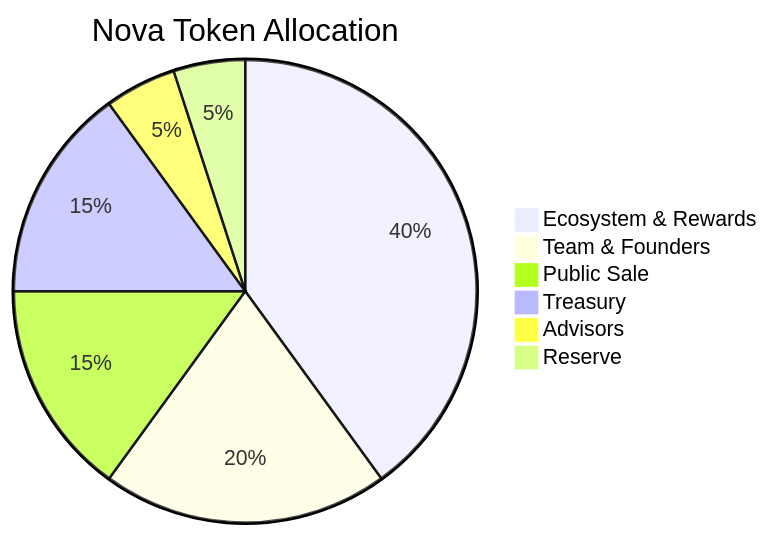
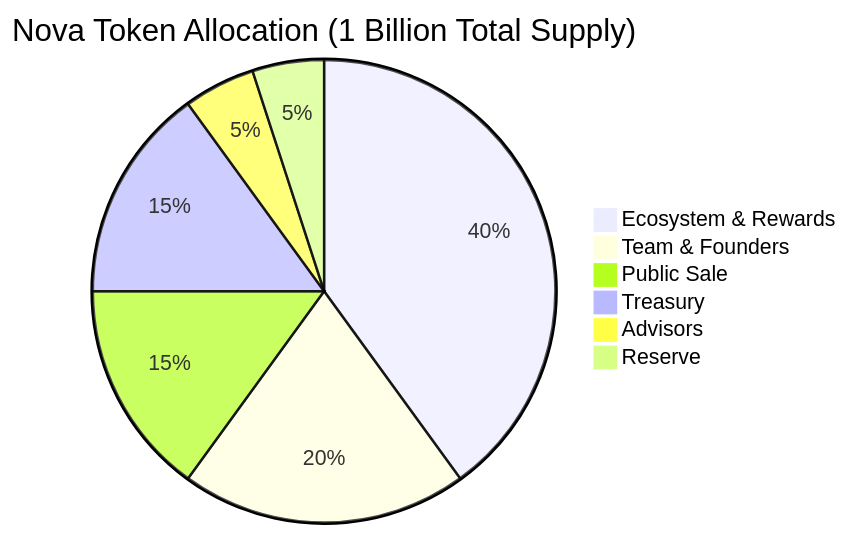
One commit to Nova-reward/Nova-Rewards changed the first of 6 diagrams in docs/tokenomics.md. Above: the diagram before and after it, drawn with Mermaid. The commit also changed other lines of this file, not shown here.

First line of the commit message:
docs: Complete tokenomics documentation with supply, vesting, governance, and token flow diagrams

````diff
--- a/docs/tokenomics.md
+++ b/docs/tokenomics.md
@@ -24,9 +66,9 @@
 ```mermaid
-pie title Nova Token Allocation
+pie title Nova Token Allocation (1 Billion Total Supply)
   "Ecosystem & Rewards" : 40
   "Team & Founders" : 20
   "Public Sale" : 15
   "Treasury" : 15
   "Advisors" : 5
   "Reserve" : 5
 ```
````
